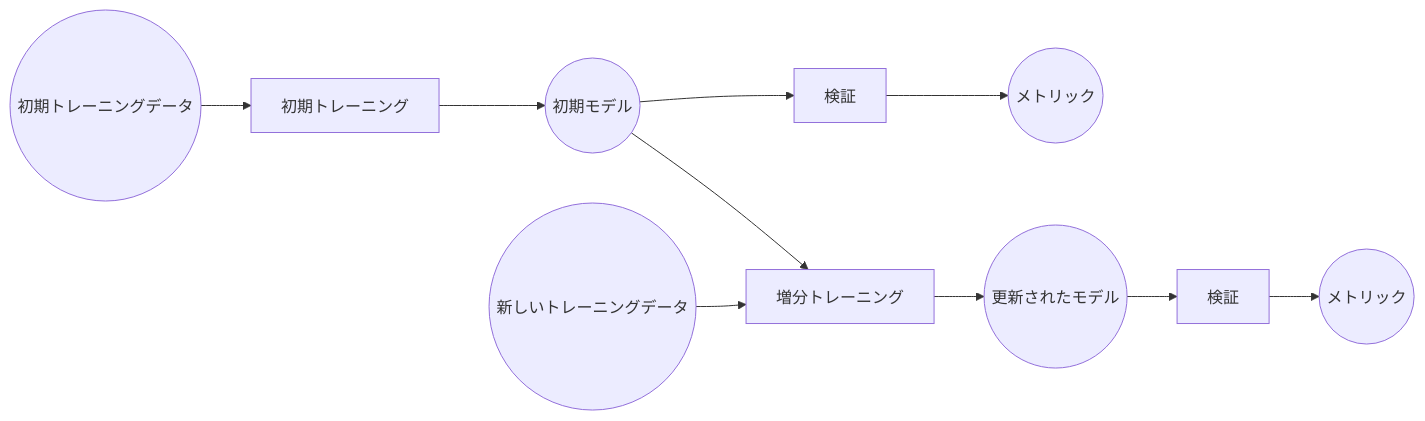
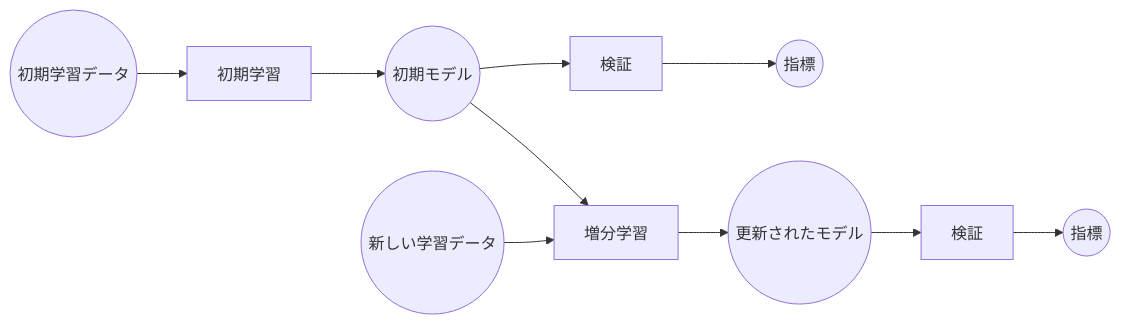
One commit to opst/knitfab-docs changed the diagram in 04.examples/spam-email-detection/spam-email-detection.ja.md. Above: the diagram before and after it, drawn with Mermaid. The commit also changed other lines of this file and 1 other file, not shown here.

````diff
--- a/04.examples/spam-email-detection/spam-email-detection.ja.md
+++ b/04.examples/spam-email-detection/spam-email-detection.ja.md
@@ -25,12 +25,12 @@
 ```mermaid
 flowchart LR
-    A((初期トレーニングデータ)) --> B[初期トレーニング]
+    A((初期学習データ)) --> B[初期学習]
     B --> C((初期モデル))
     C --> D[検証]
-    D --> E((メトリック))
-    F((新しいトレーニングデータ)) --> G[増分トレーニング]
+    D --> E((指標))
+    F((新しい学習データ)) --> G[増分学習]
     C --> G
     G --> H((更新されたモデル))
     H --> I[検証]
-    I --> J((メトリック))
+    I --> J((指標))
 ```
````
